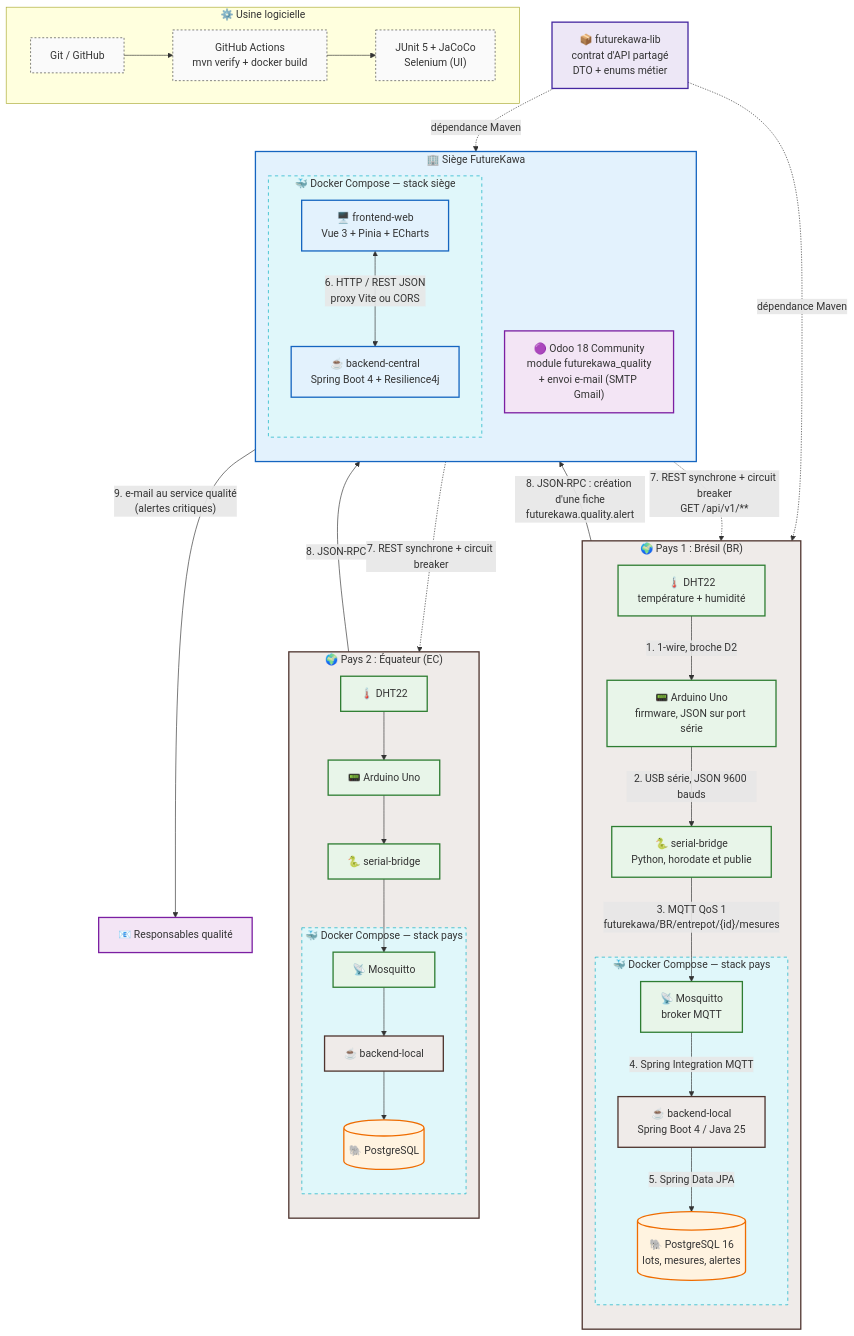
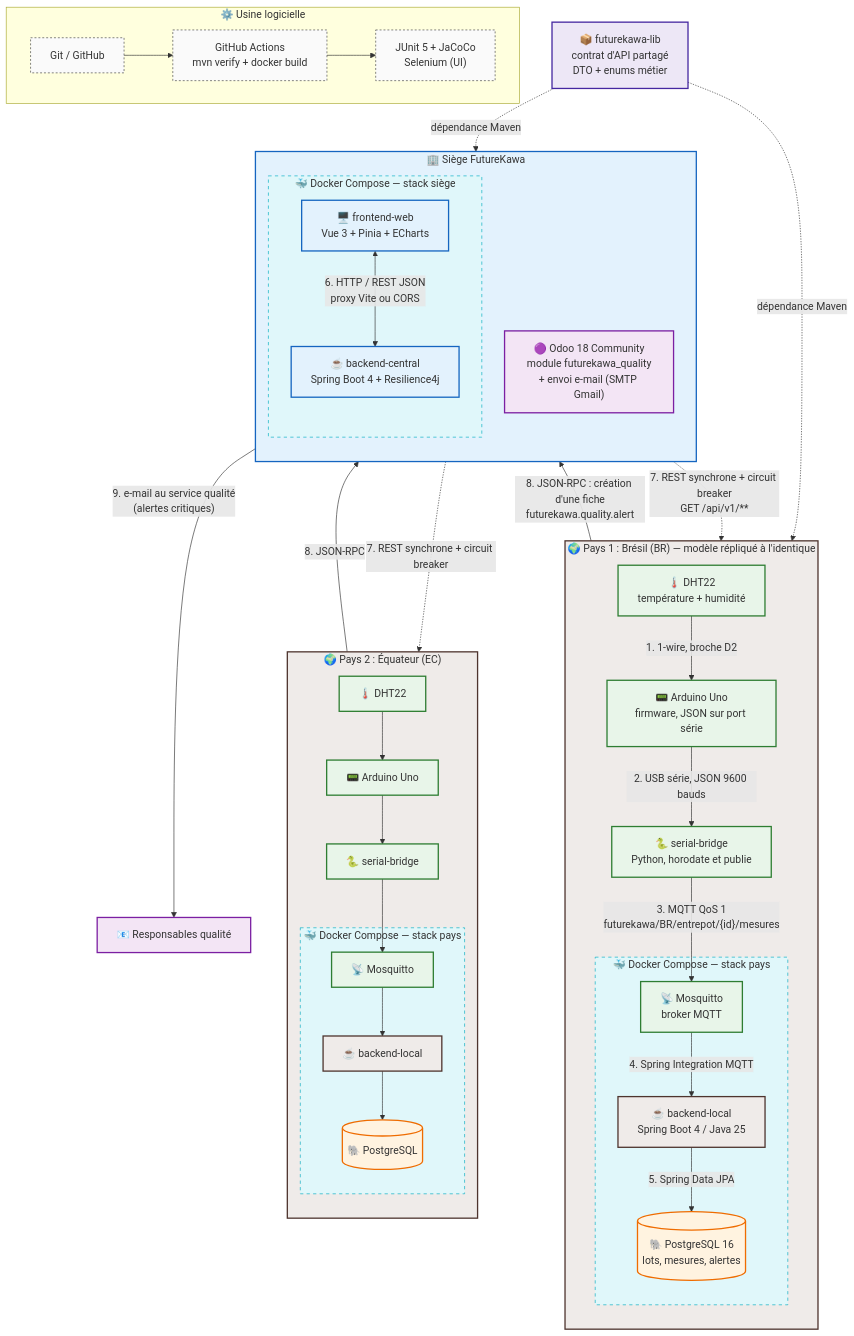
Before and after one commit to ARKENOP/Futurekawa-MSPR: the diagram in docs/ARCHITECTURE.md, drawn with Mermaid. The commit also changed other lines of this file and 46 other files, not shown here.

```diff
--- a/docs/ARCHITECTURE.md
+++ b/docs/ARCHITECTURE.md
@@ -20,7 +20,7 @@
     %% ════════════════════════════════════════════════════
     %% PAYS 1 — BRÉSIL (modèle répliqué pour EC et CO)
     %% ════════════════════════════════════════════════════
-    subgraph Pays1 ["🌍 Pays 1 : Brésil (BR)"]
+    subgraph Pays1 ["🌍 Pays 1 : Brésil (BR) — modèle répliqué à l'identique"]
         direction TB
         Capteur1["🌡️ DHT22<br>température + humidité"]:::hardware
         Uno1["📟 Arduino Uno<br>firmware, JSON sur port série"]:::hardware
```
